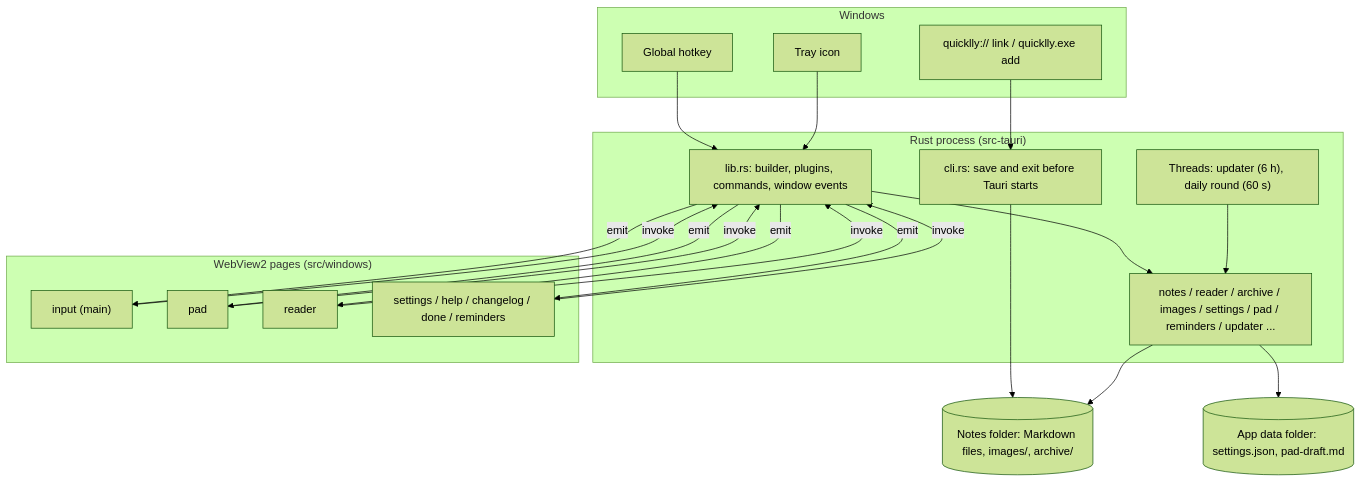
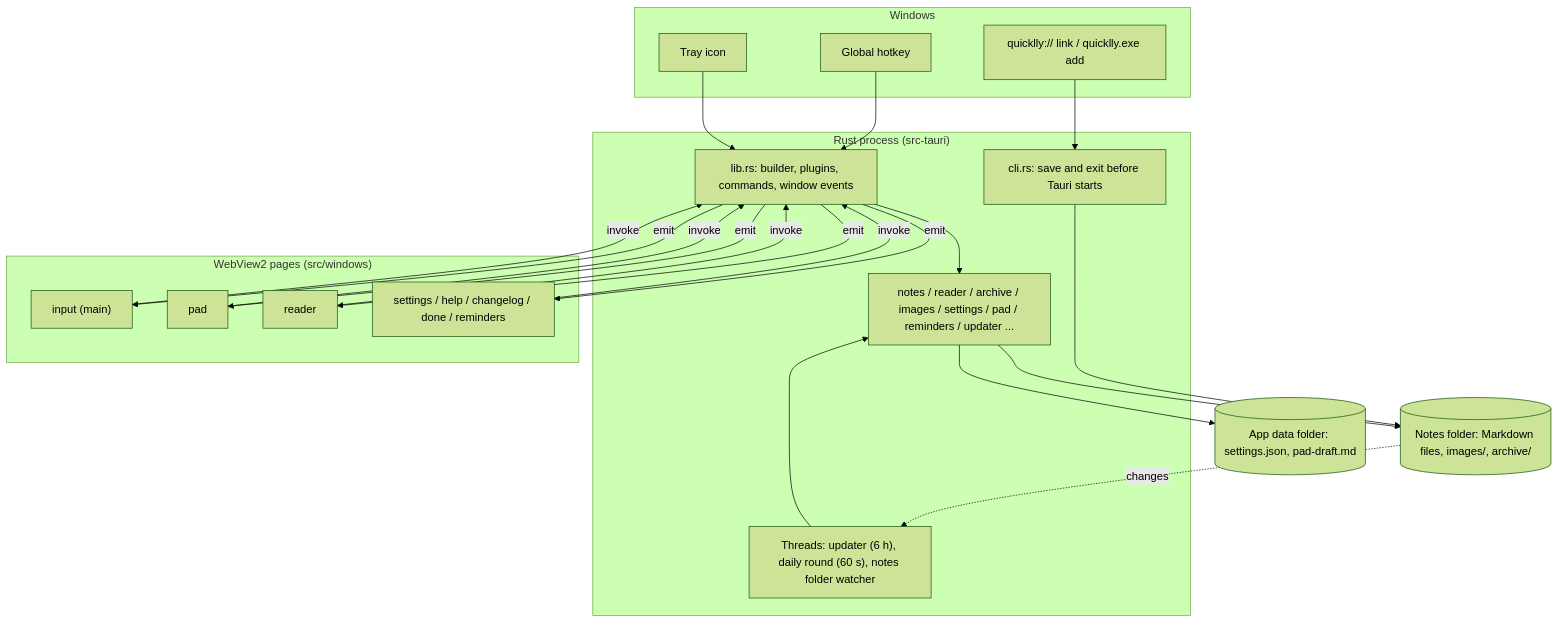
Before and after one commit to ruslan1us/quicklly: the diagram in docs/architecture.md, drawn with Mermaid (forest theme). The commit also changed other lines of this file and 14 other files, not shown here.

Commit message:
feat: watch the notes folder for changes made outside the app

````diff
--- a/docs/architecture.md
+++ b/docs/architecture.md
@@ -13,31 +13,32 @@
 ```mermaid
 flowchart TB
     subgraph OS["Windows"]
         HK["Global hotkey"]
         TRAY["Tray icon"]
         LINK["quicklly:// link / quicklly.exe add"]
     end
     subgraph RUST["Rust process (src-tauri)"]
         CLI["cli.rs: save and exit before Tauri starts"]
         LIB["lib.rs: builder, plugins, commands, window events"]
         MODS["notes / reader / archive / images / settings / pad / reminders / updater ..."]
-        THR["Threads: updater (6 h), daily round (60 s)"]
+        THR["Threads: updater (6 h), daily round (60 s), notes folder watcher"]
     end
     subgraph WEB["WebView2 pages (src/windows)"]
         IN["input (main)"]
         PAD["pad"]
         RD["reader"]
         POP["settings / help / changelog / done / reminders"]
     end
     FS[("Notes folder: Markdown files, images/, archive/")]
     APPDATA[("App data folder: settings.json, pad-draft.md")]
 
     LINK --> CLI --> FS
     HK --> LIB
     TRAY --> LIB
     LIB --> MODS --> FS
     MODS --> APPDATA
     THR --> MODS
+    FS -.->|changes| THR
     IN & PAD & RD & POP -->|invoke| LIB
     LIB -->|emit| IN & PAD & RD & POP
 ```
````
